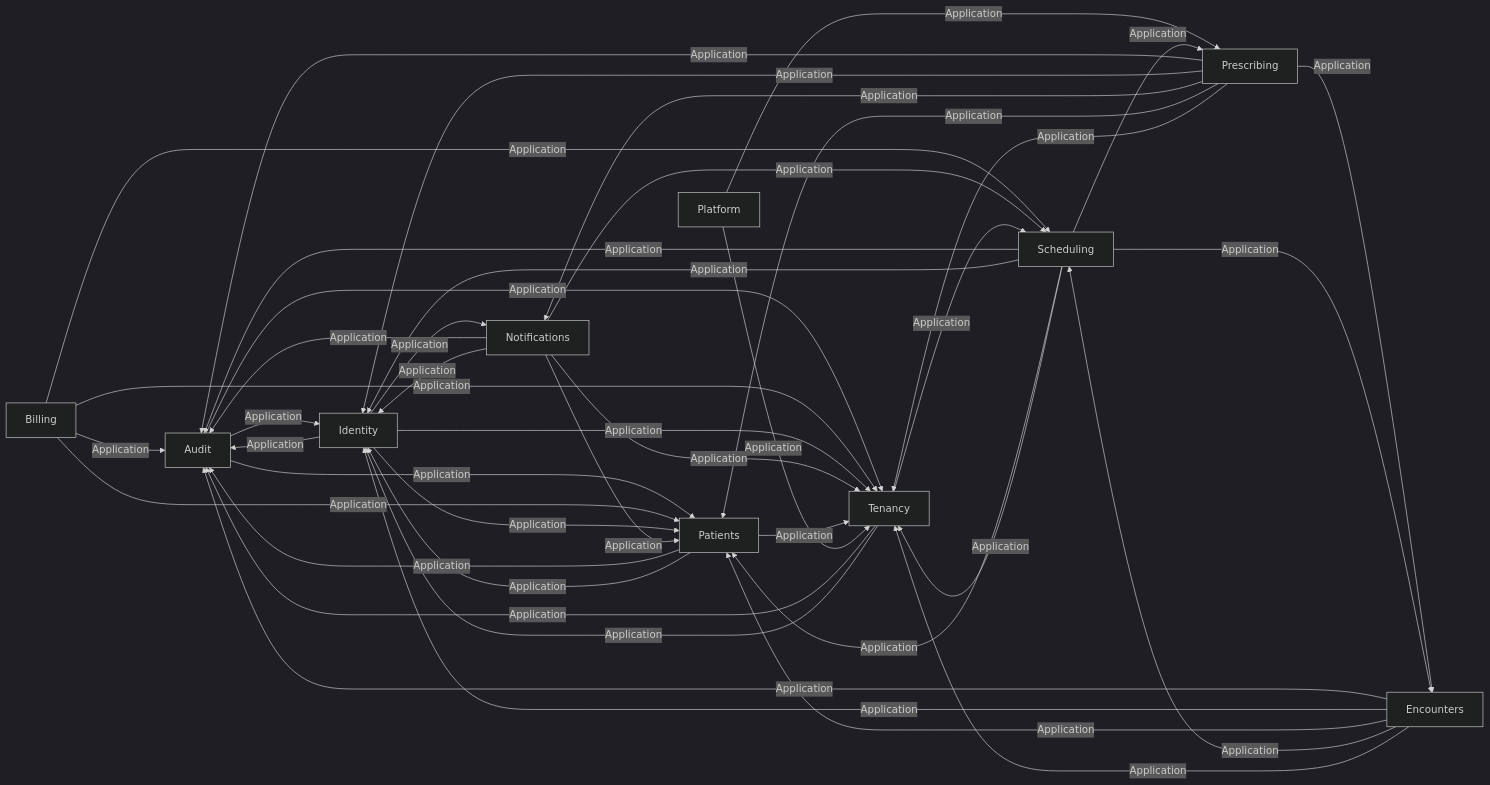
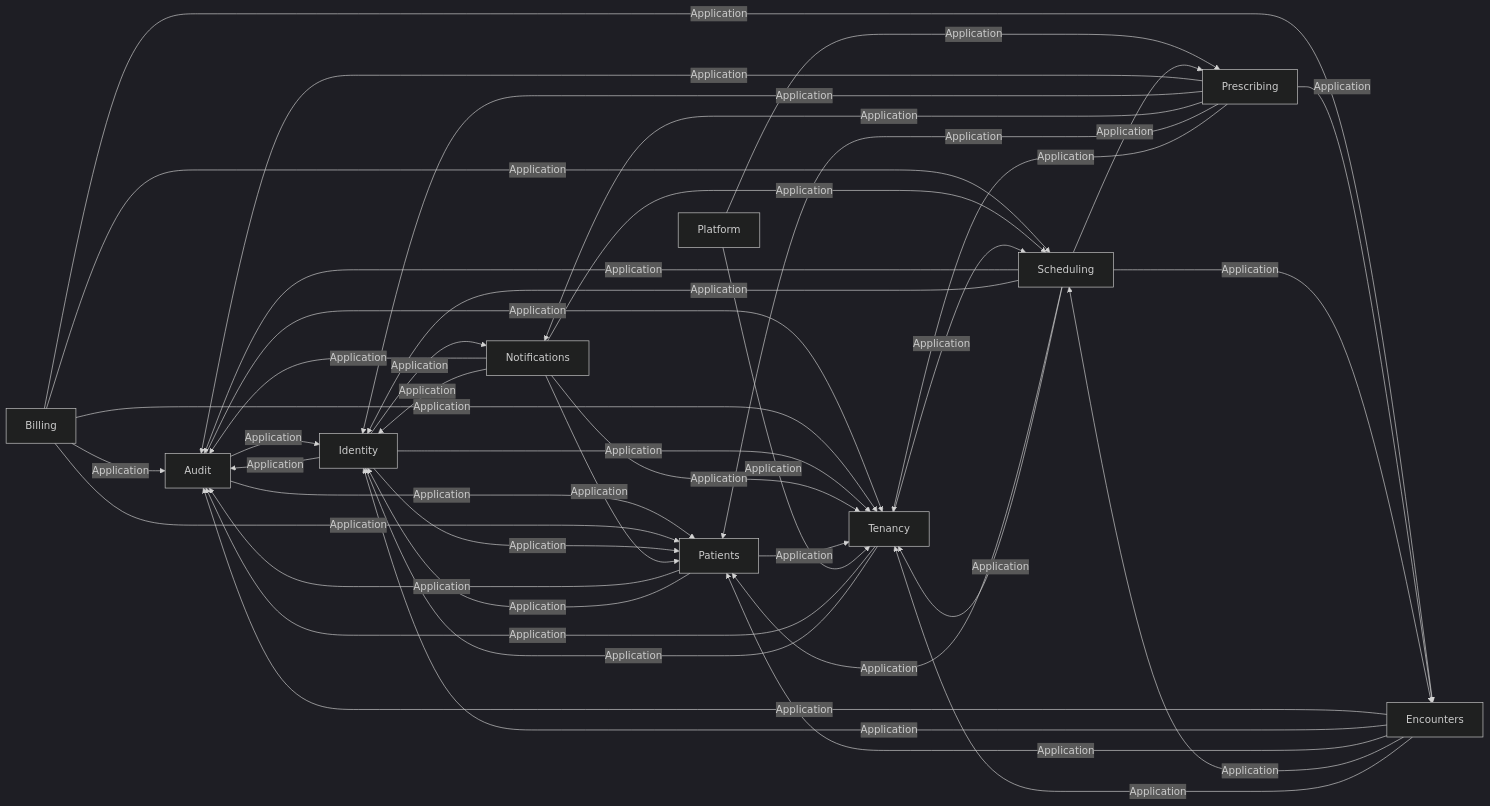
One commit to ALFRED-LUCIFER/medvya changed the second of 14 diagrams in docs/03-architecture/erd.md. Above: the diagram before and after it, drawn with Mermaid (dark theme). The commit also changed other lines of this file and 36 other files, not shown here.

````diff
--- a/docs/03-architecture/erd.md
+++ b/docs/03-architecture/erd.md
@@ -56,44 +56,45 @@
 ```mermaid
 flowchart LR
   Audit -->|"Application"| Identity
   Audit -->|"Application"| Patients
   Audit -->|"Application"| Tenancy
   Billing -->|"Application"| Audit
+  Billing -->|"Application"| Encounters
   Billing -->|"Application"| Patients
   Billing -->|"Application"| Scheduling
   Billing -->|"Application"| Tenancy
   Encounters -->|"Application"| Audit
   Encounters -->|"Application"| Identity
   Encounters -->|"Application"| Patients
   Encounters -->|"Application"| Scheduling
   Encounters -->|"Application"| Tenancy
   Identity -->|"Application"| Audit
   Identity -->|"Application"| Notifications
   Identity -->|"Application"| Patients
   Identity -->|"Application"| Tenancy
   Notifications -->|"Application"| Audit
   Notifications -->|"Application"| Identity
   Notifications -->|"Application"| Patients
   Notifications -->|"Application"| Scheduling
   Notifications -->|"Application"| Tenancy
   Patients -->|"Application"| Audit
   Patients -->|"Application"| Identity
   Patients -->|"Application"| Tenancy
   Platform -->|"Application"| Prescribing
   Platform -->|"Application"| Tenancy
   Prescribing -->|"Application"| Audit
   Prescribing -->|"Application"| Encounters
   Prescribing -->|"Application"| Identity
   Prescribing -->|"Application"| Notifications
   Prescribing -->|"Application"| Patients
   Prescribing -->|"Application"| Tenancy
   Scheduling -->|"Application"| Audit
   Scheduling -->|"Application"| Encounters
   Scheduling -->|"Application"| Identity
   Scheduling -->|"Application"| Patients
   Scheduling -->|"Application"| Prescribing
   Scheduling -->|"Application"| Tenancy
   Tenancy -->|"Application"| Audit
   Tenancy -->|"Application"| Identity
   Tenancy -->|"Application"| Scheduling
 ```
````
